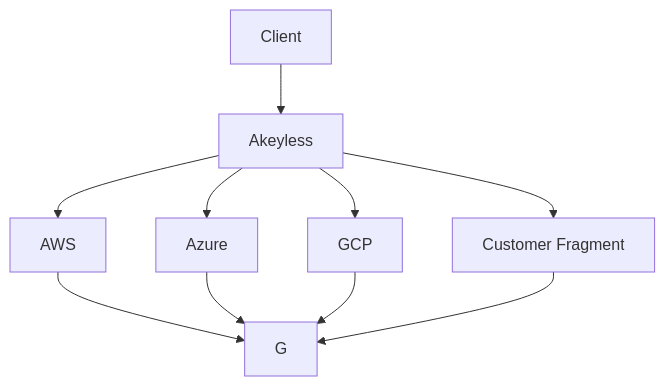
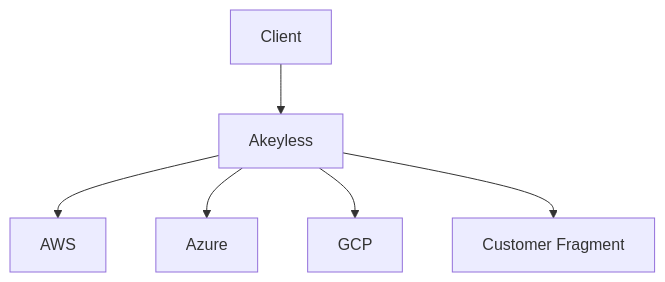
Before and after one commit to akeylesslabs/technical-documentation: the diagram in docs/Getting Started/dfc-1.md, drawn with Mermaid.

Commit message:
Update doc `dfc-1`

````diff
--- a/docs/Getting Started/dfc-1.md
+++ b/docs/Getting Started/dfc-1.md
@@ -51,13 +51,9 @@
 ```mermaid
 graph TD
     C[Client] --> U[Akeyless]
     U --> K1[AWS]
     U --> K2[Azure]
     U --> K3[GCP]
     U --> CF[Customer Fragment]
-    K1 --> G
-    K2 --> G
-    K3 --> G
-    CF --> G
 
 ```
````
